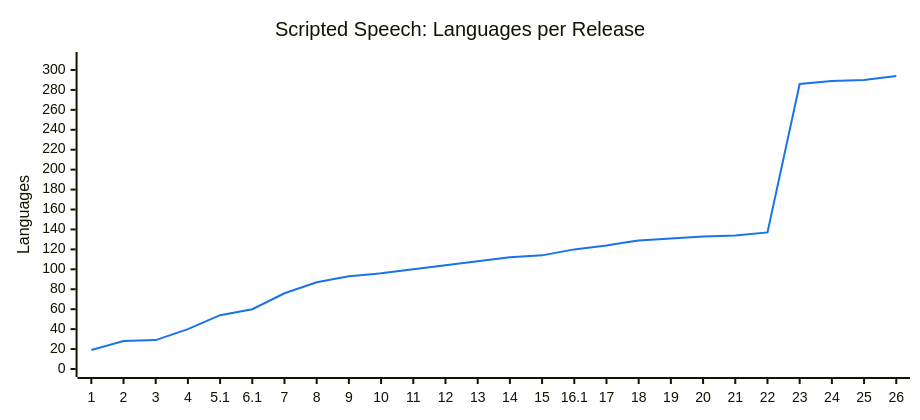
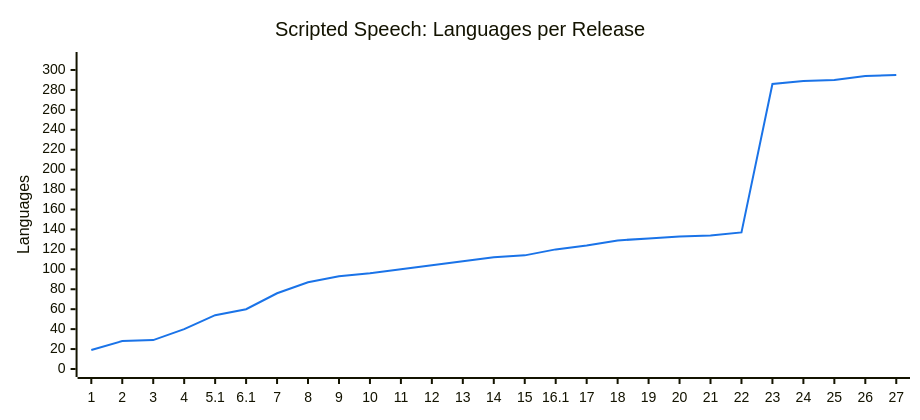
One commit to common-voice/cv-dataset changed the third of 3 diagrams in datasets/scripted-speech/README.md. Above: the diagram before and after it, drawn with Mermaid. The commit also changed other lines of this file and 3 other files, not shown here.

````diff
--- a/datasets/scripted-speech/README.md
+++ b/datasets/scripted-speech/README.md
@@ -54,16 +54,16 @@
 ```mermaid
 ---
 config:
     xyChart:
         width: 900
         height: 400
     themeVariables:
         xyChart:
             plotColorPalette: "#1a73e8"
 ---
 xychart-beta
     title "Scripted Speech: Languages per Release"
-    x-axis ["1","2","3","4","5.1","6.1","7","8","9","10","11","12","13","14","15","16.1","17","18","19","20","21","22","23","24","25","26"]
+    x-axis ["1","2","3","4","5.1","6.1","7","8","9","10","11","12","13","14","15","16.1","17","18","19","20","21","22","23","24","25","26","27"]
     y-axis "Languages" 0 --> 310
-    line [19,28,29,40,54,60,76,87,93,96,100,104,108,112,114,120,124,129,131,133,134,137,286,289,290,294]
+    line [19,28,29,40,54,60,76,87,93,96,100,104,108,112,114,120,124,129,131,133,134,137,286,289,290,294,295]
 ```
````
